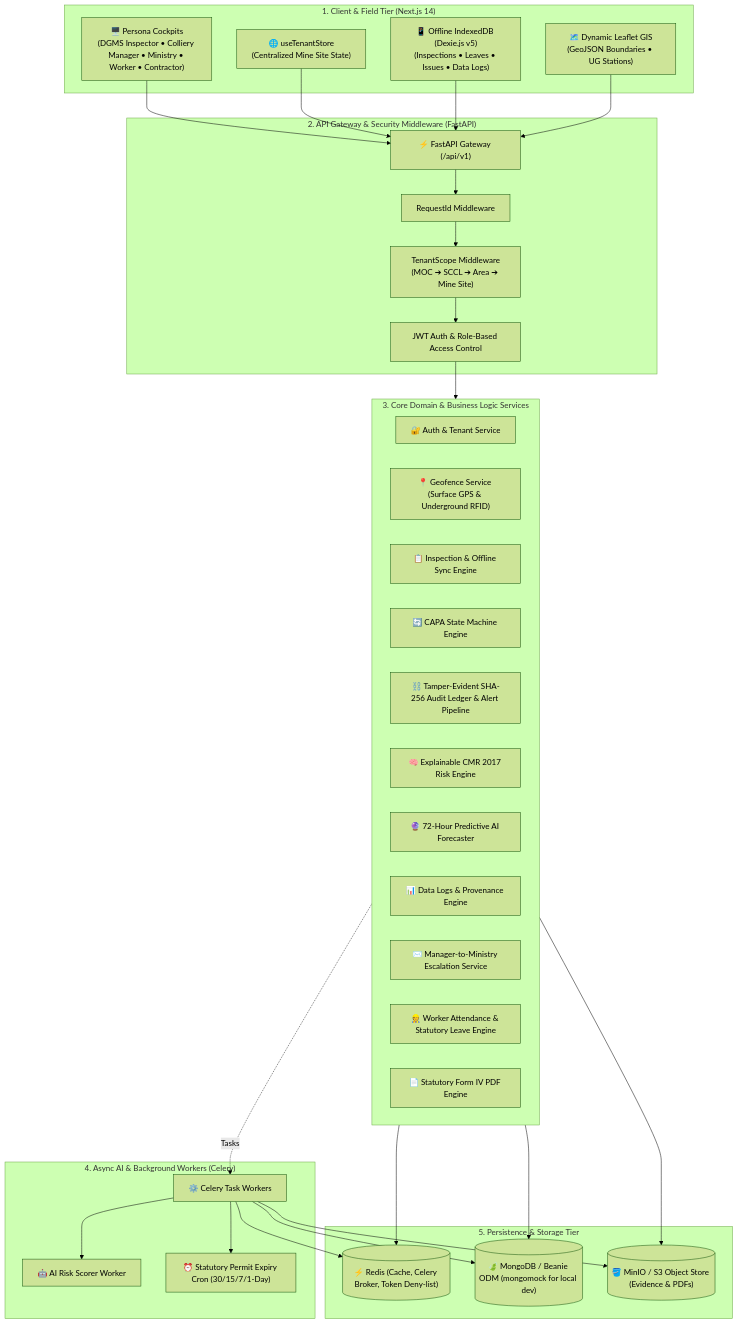
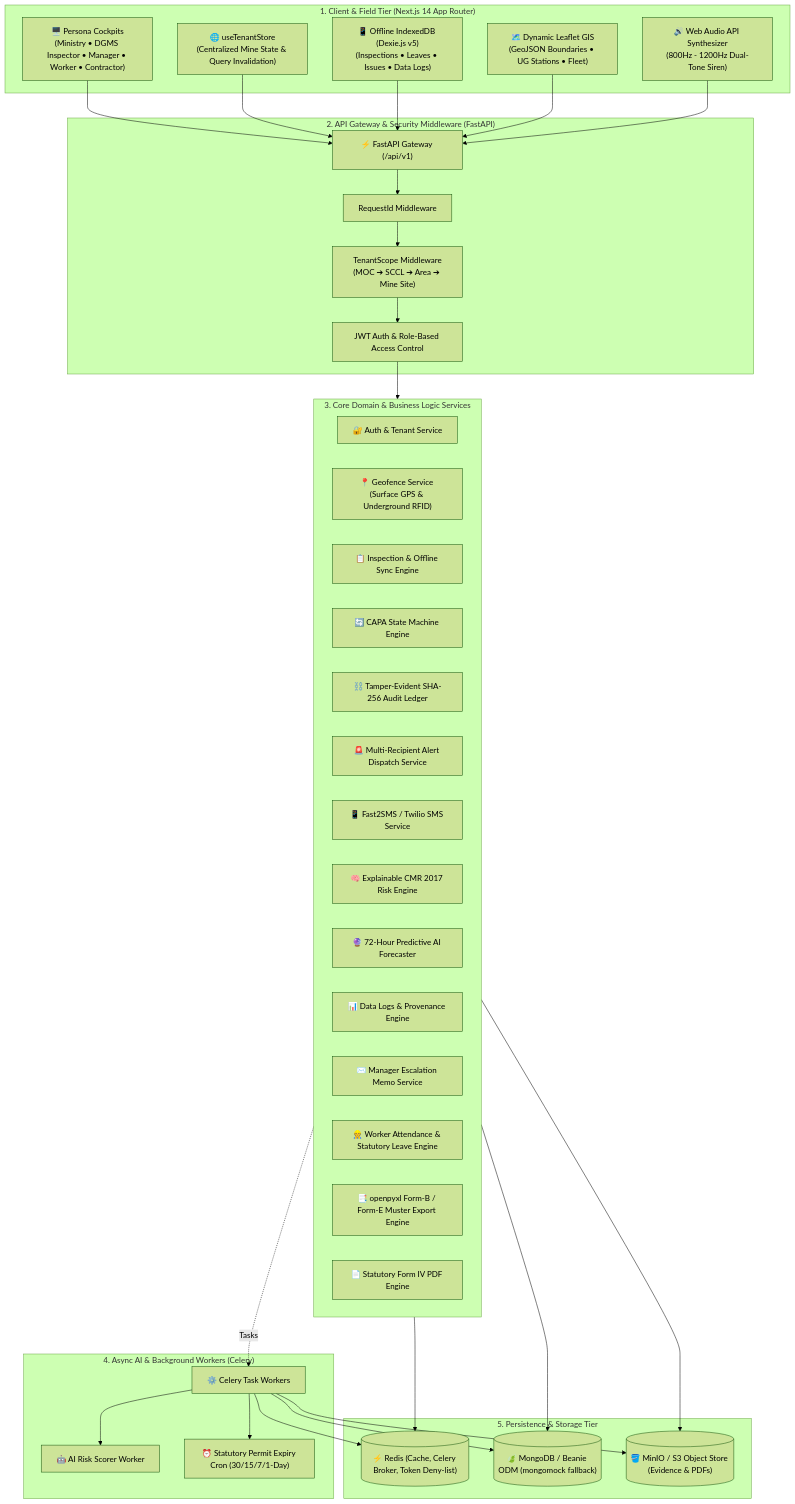
Before and after one commit to Tejaswini2416/ai_coal_goverance: the diagram in README.md, drawn with Mermaid (forest theme). The commit also changed other lines of this file, not shown here.

Commit message:
docs: comprehensive update to README.md covering statutory personas, Web Audio siren, attendance export, and SMS dispatch

````diff
--- a/README.md
+++ b/README.md
@@ -86,49 +102,53 @@
 ```mermaid
 flowchart TB
-    subgraph CLIENT_TIER["1. Client & Field Tier (Next.js 14)"]
-        WEB["🖥️ Persona Cockpits\n(DGMS Inspector • Colliery Manager • Ministry • Worker • Contractor)"]
-        TENANT_STORE["🌐 useTenantStore\n(Centralized Mine Site State)"]
+    subgraph CLIENT_TIER["1. Client & Field Tier (Next.js 14 App Router)"]
+        WEB["🖥️ Persona Cockpits\n(Ministry • DGMS Inspector • Manager • Worker • Contractor)"]
+        TENANT_STORE["🌐 useTenantStore\n(Centralized Mine State & Query Invalidation)"]
         OFFLINE_DB["📱 Offline IndexedDB (Dexie.js v5)\n(Inspections • Leaves • Issues • Data Logs)"]
-        LEAFLET_GIS["🗺️ Dynamic Leaflet GIS\n(GeoJSON Boundaries • UG Stations)"]
+        LEAFLET_GIS["🗺️ Dynamic Leaflet GIS\n(GeoJSON Boundaries • UG Stations • Fleet)"]
+        WEB_AUDIO["🔊 Web Audio API Synthesizer\n(800Hz - 1200Hz Dual-Tone Siren)"]
     end
 
     subgraph GATEWAY_TIER["2. API Gateway & Security Middleware (FastAPI)"]
         API_GATEWAY["⚡ FastAPI Gateway (/api/v1)"]
         MID_REQ["RequestId Middleware"]
         MID_TENANT["TenantScope Middleware\n(MOC ➔ SCCL ➔ Area ➔ Mine Site)"]
         MID_AUTH["JWT Auth & Role-Based Access Control"]
     end
 
     subgraph SERVICE_TIER["3. Core Domain & Business Logic Services"]
         AUTH_SRV["🔐 Auth & Tenant Service"]
         GEO_SRV["📍 Geofence Service (Surface GPS & Underground RFID)"]
         INSP_SRV["📋 Inspection & Offline Sync Engine"]
         CAPA_SRV["🔄 CAPA State Machine Engine"]
-        AUDIT_SRV["⛓️ Tamper-Evident SHA-256 Audit Ledger & Alert Pipeline"]
+        AUDIT_SRV["⛓️ Tamper-Evident SHA-256 Audit Ledger"]
+        ALERT_SRV["🚨 Multi-Recipient Alert Dispatch Service"]
+        SMS_SRV["📱 Fast2SMS / Twilio SMS Service"]
         RISK_SRV["🧠 Explainable CMR 2017 Risk Engine"]
         PRED_SRV["🔮 72-Hour Predictive AI Forecaster"]
         LOGS_SRV["📊 Data Logs & Provenance Engine"]
-        ESCAL_SRV["✉️ Manager-to-Ministry Escalation Service"]
+        ESCAL_SRV["✉️ Manager Escalation Memo Service"]
         ATTEND_SRV["👷 Worker Attendance & Statutory Leave Engine"]
+        EXCEL_SRV["📑 openpyxl Form-B / Form-E Muster Export Engine"]
         PDF_SRV["📄 Statutory Form IV PDF Engine"]
     end
 
     subgraph WORKER_TIER["4. Async AI & Background Workers (Celery)"]
         CELERY["⚙️ Celery Task Workers"]
         AI_RISK["🤖 AI Risk Scorer Worker"]
         COMP_CRON["⏰ Statutory Permit Expiry Cron (30/15/7/1-Day)"]
     end
 
     subgraph DATA_TIER["5. Persistence & Storage Tier"]
         REDIS[("⚡ Redis (Cache, Celery Broker, Token Deny-list)")]
-        MONGO[("🍃 MongoDB / Beanie ODM (mongomock for local dev)")]
+        MONGO[("🍃 MongoDB / Beanie ODM (mongomock fallback)")]
         MINIO[("🪣 MinIO / S3 Object Store (Evidence & PDFs)")]
     end
 
-    WEB & TENANT_STORE & OFFLINE_DB & LEAFLET_GIS --> API_GATEWAY
+    WEB & TENANT_STORE & OFFLINE_DB & LEAFLET_GIS & WEB_AUDIO --> API_GATEWAY
     API_GATEWAY --> MID_REQ --> MID_TENANT --> MID_AUTH
     MID_AUTH --> SERVICE_TIER
     SERVICE_TIER -. Tasks .-> CELERY
     CELERY --> AI_RISK & COMP_CRON
     SERVICE_TIER & CELERY --> REDIS & MONGO & MINIO
 ```
````
